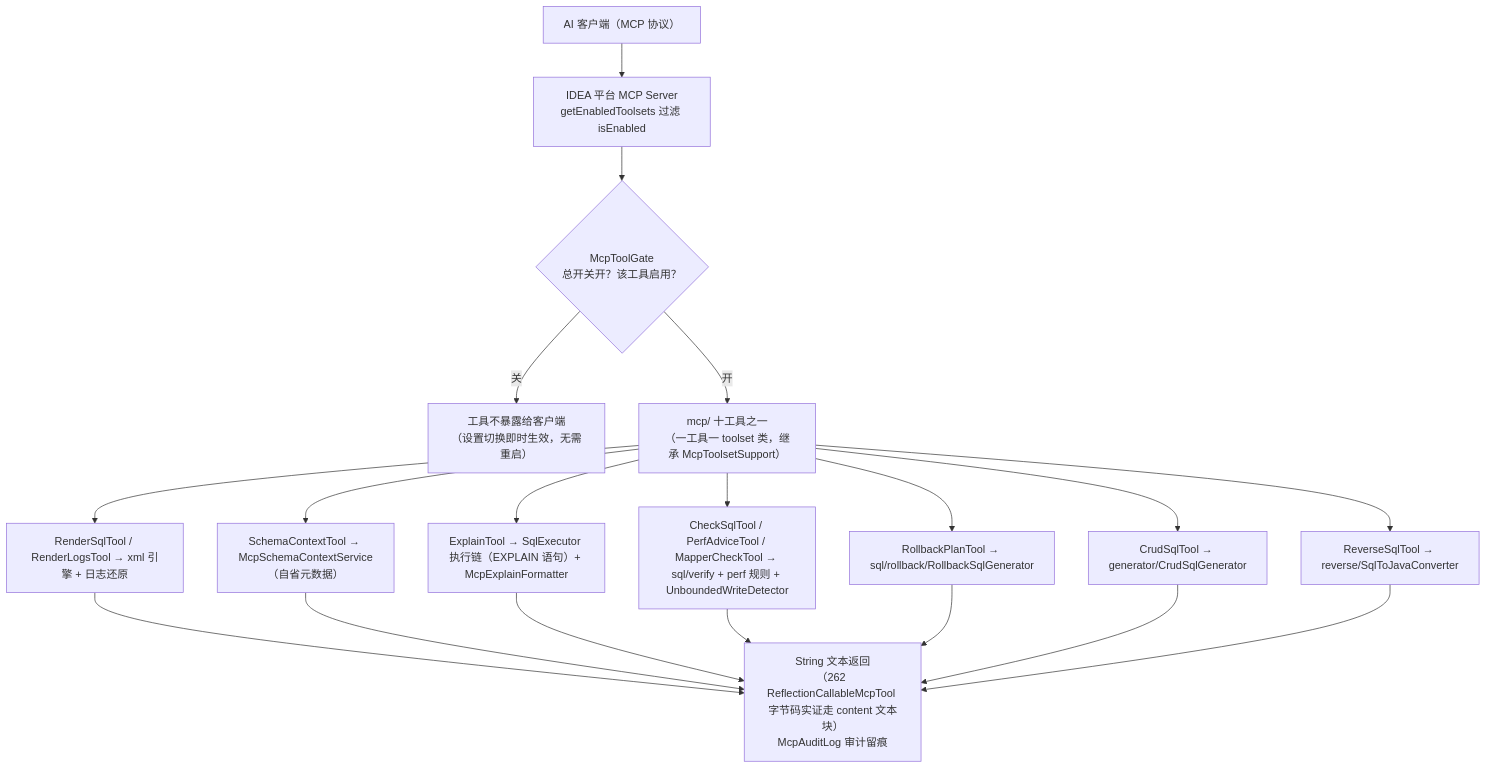
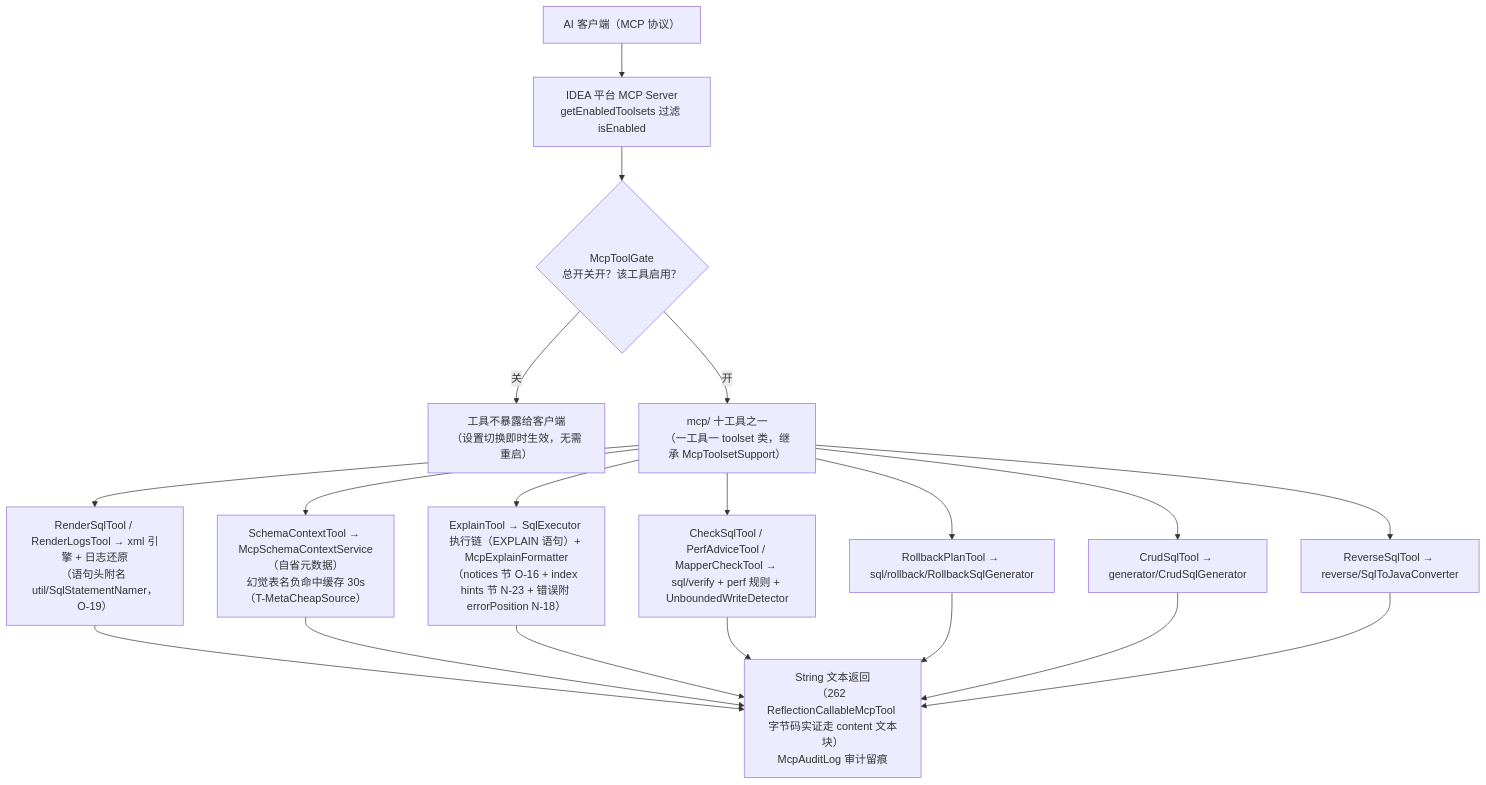
Before and after one commit to JayF211/mybatis-plus-sql-visualizer: diagram 17 of 17 in docs/架构设计/02-核心流程详解.md, drawn with Mermaid. The commit also changed other lines of this file and 2 other files, not shown here.

````diff
--- a/docs/架构设计/02-核心流程详解.md
+++ b/docs/架构设计/02-核心流程详解.md
@@ -579,15 +628,15 @@
 ```mermaid
 flowchart TD
     CLIENT["AI 客户端（MCP 协议）"] --> SRV["IDEA 平台 MCP Server<br/>getEnabledToolsets 过滤 isEnabled"]
     SRV --> GATE{"McpToolGate<br/>总开关开？该工具启用？"}
     GATE -->|"关"| OFF["工具不暴露给客户端<br/>（设置切换即时生效，无需重启）"]
     GATE -->|"开"| TOOL["mcp/ 十工具之一<br/>（一工具一 toolset 类，继承 McpToolsetSupport）"]
-    TOOL --> D1["RenderSqlTool / RenderLogsTool → xml 引擎 + 日志还原"]
-    TOOL --> D2["SchemaContextTool → McpSchemaContextService（自省元数据）"]
-    TOOL --> D3["ExplainTool → SqlExecutor 执行链（EXPLAIN 语句）+ McpExplainFormatter"]
+    TOOL --> D1["RenderSqlTool / RenderLogsTool → xml 引擎 + 日志还原<br/>（语句头附名 util/SqlStatementNamer，O-19）"]
+    TOOL --> D2["SchemaContextTool → McpSchemaContextService（自省元数据）<br/>幻觉表名负命中缓存 30s（T-MetaCheapSource）"]
+    TOOL --> D3["ExplainTool → SqlExecutor 执行链（EXPLAIN 语句）+ McpExplainFormatter<br/>（notices 节 O-16 + index hints 节 N-23 + 错误附 errorPosition N-18）"]
     TOOL --> D4["CheckSqlTool / PerfAdviceTool / MapperCheckTool → sql/verify + perf 规则 + UnboundedWriteDetector"]
     TOOL --> D5["RollbackPlanTool → sql/rollback/RollbackSqlGenerator"]
     TOOL --> D6["CrudSqlTool → generator/CrudSqlGenerator"]
     TOOL --> D7["ReverseSqlTool → reverse/SqlToJavaConverter"]
     D1 & D2 & D3 & D4 & D5 & D6 & D7 --> OUT["String 文本返回<br/>（262 ReflectionCallableMcpTool 字节码实证走 content 文本块）<br/>McpAuditLog 审计留痕"]
 ```
````
